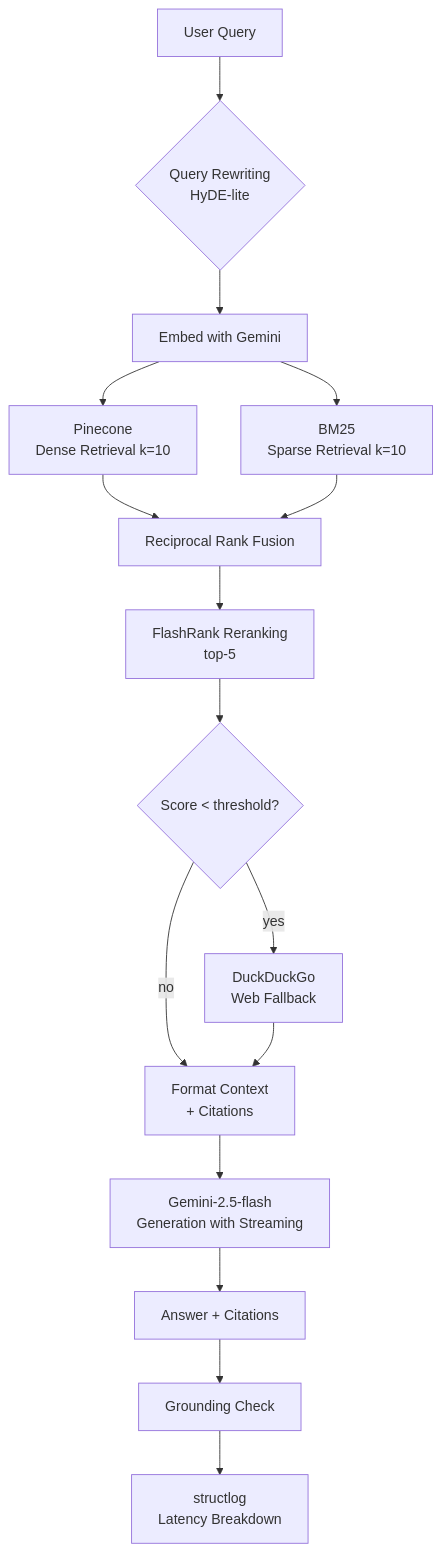
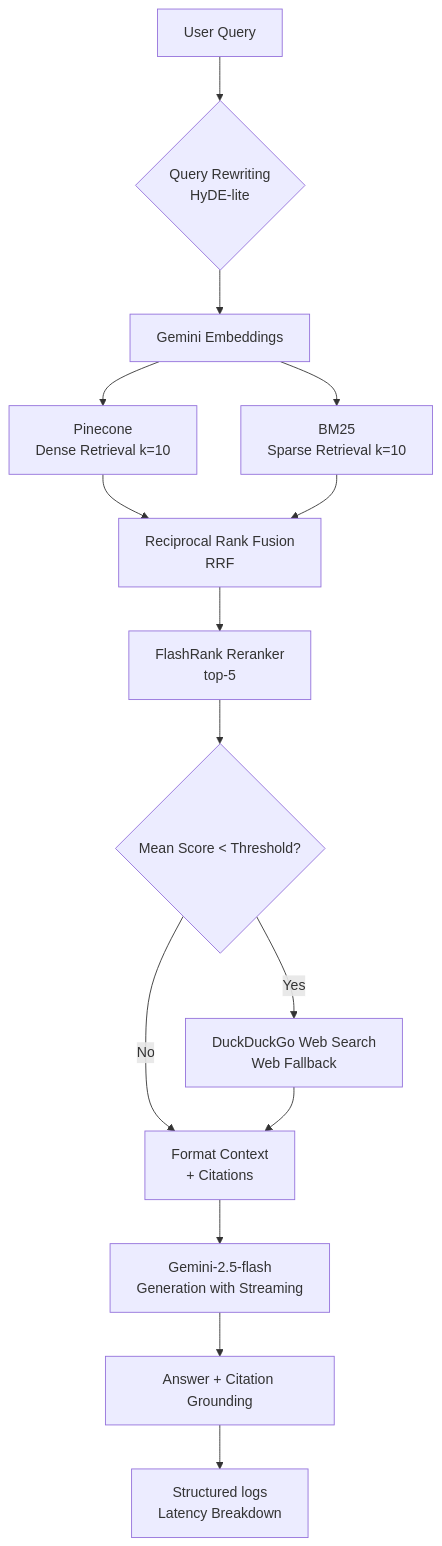
Before and after one commit to sakshinaithani2005/miniRAG: the diagram in README.md, drawn with Mermaid. The commit also changed other lines of this file and 18 other files, not shown here.

````diff
--- a/README.md
+++ b/README.md
@@ -38,18 +36,17 @@
 ```mermaid
 flowchart TD
     A[User Query] --> B{Query Rewriting\nHyDE-lite}
-    B --> C[Embed with Gemini]
+    B --> C[Gemini Embeddings]
     C --> D[Pinecone\nDense Retrieval k=10]
     C --> E[BM25\nSparse Retrieval k=10]
-    D --> F[Reciprocal Rank Fusion]
+    D --> F[Reciprocal Rank Fusion\nRRF]
     E --> F
-    F --> G[FlashRank Reranking\ntop-5]
-    G --> H{Score < threshold?}
-    H -- yes --> I[DuckDuckGo\nWeb Fallback]
-    H -- no --> J[Format Context\n+ Citations]
+    F --> G[FlashRank Reranker\ntop-5]
+    G --> H{Mean Score < Threshold?}
+    H -- Yes --> I[DuckDuckGo Web Search\nWeb Fallback]
+    H -- No --> J[Format Context\n+ Citations]
     I --> J
     J --> K[Gemini-2.5-flash\nGeneration with Streaming]
-    K --> L[Answer + Citations]
-    L --> M[Grounding Check]
-    M --> N[structlog\nLatency Breakdown]
+    K --> L[Answer + Citation Grounding]
+    L --> M[Structured logs\nLatency Breakdown]
 ```
````
